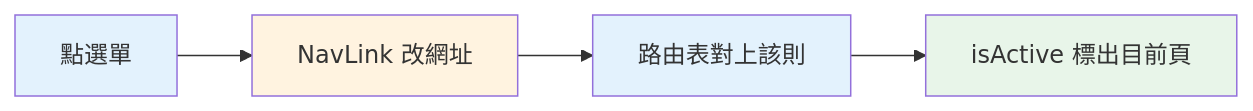
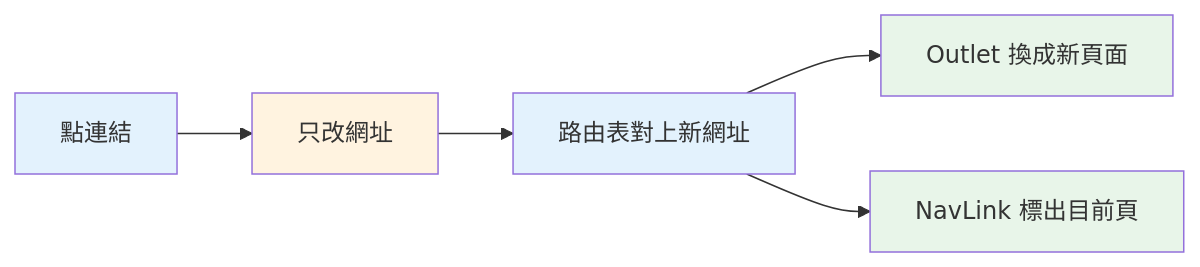
One commit to summer10920/summer10920.github.io changed the fourth of 16 diagrams in source/_posts/lokiTech-15day-11-react-router.md. Above: the diagram before and after it, drawn with Mermaid. The commit also changed other lines of this file and 17 other files, not shown here.

```diff
--- a/source/_posts/lokiTech-15day-11-react-router.md
+++ b/source/_posts/lokiTech-15day-11-react-router.md
@@ -1804,9 +1142,11 @@
 {% mermaid graph LR %}
-  clickNode["點選單"] --> linkNode["NavLink 改網址"]
-  linkNode --> matchNode["路由表對上該則"]
-  matchNode --> flagNode["isActive 標出目前頁"]
+  clickNode["點連結"] --> linkNode["只改網址"]
+  linkNode --> matchNode["路由表對上新網址"]
+  matchNode --> viewNode["Outlet 換成新頁面"]
+  matchNode --> flagNode["NavLink 標出目前頁"]
   style clickNode fill:#e3f2fd
   style linkNode fill:#fff3e0
   style matchNode fill:#e3f2fd
+  style viewNode fill:#e8f5e9
   style flagNode fill:#e8f5e9
 {% endmermaid %}
```
